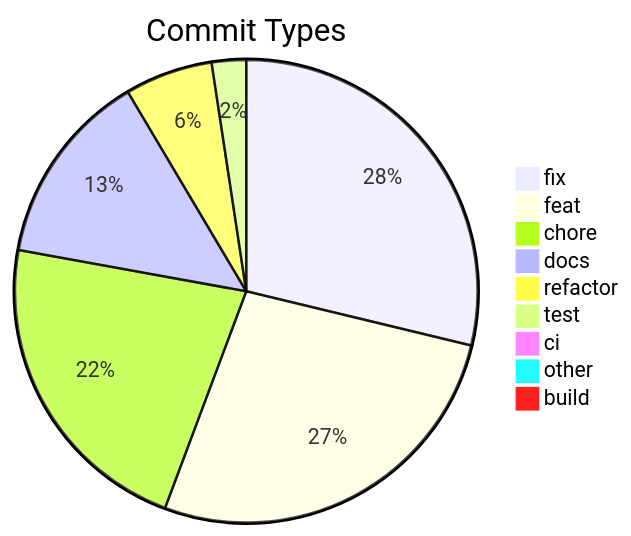
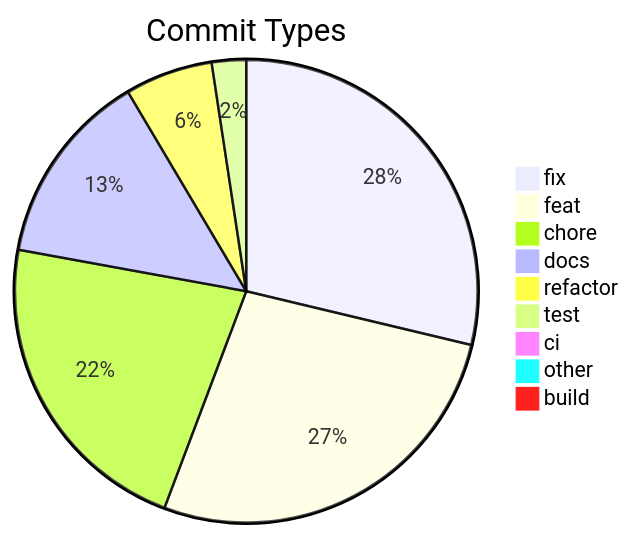
One commit to svenroth-ai/shipwright changed the diagram in .shipwright/compliance/change-history.md. Above: the diagram before and after it, drawn with Mermaid. The commit also changed other lines of this file and 16 other files, not shown here.

First line of the commit message:
fix(compliance): UTC-normalize the RTM Verification Timeline Date column (#295)

````diff
--- a/.shipwright/compliance/change-history.md
+++ b/.shipwright/compliance/change-history.md
@@ -8,12 +8,12 @@
 ```mermaid
 pie title Commit Types
     "fix" : 300
-    "feat" : 281
+    "feat" : 282
     "chore" : 231
     "docs" : 142
     "refactor" : 64
     "test" : 25
     "ci" : 7
     "other" : 7
     "build" : 1
 ```
````
